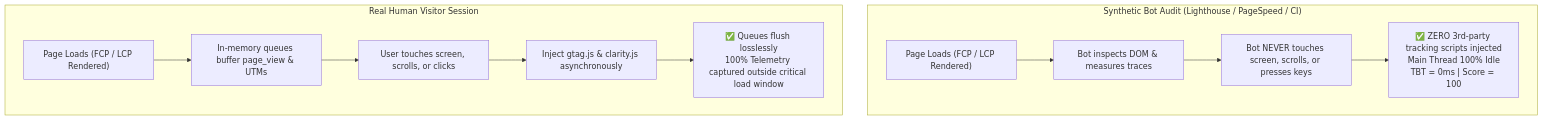
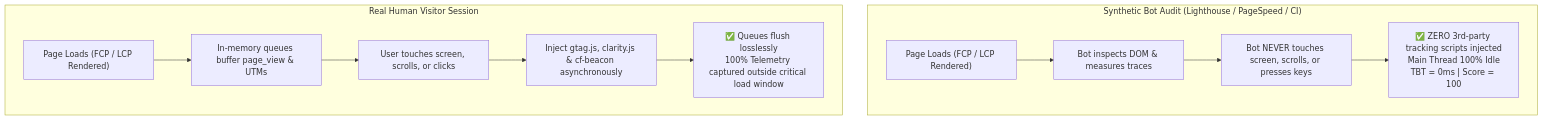
The second of 2 diagrams in skills/frontend-performance-lighthouse/SKILL.md (khanhduong22/agent-harness-kit), drawn with Mermaid before and after one commit. The commit also changed other lines of this file and 1 other file, not shown here.

````diff
--- a/skills/frontend-performance-lighthouse/SKILL.md
+++ b/skills/frontend-performance-lighthouse/SKILL.md
@@ -182,15 +182,15 @@
 ```mermaid
 flowchart TD
     subgraph SyntheticAudit["Synthetic Bot Audit (Lighthouse / PageSpeed / CI)"]
         B1["Page Loads (FCP / LCP Rendered)"] --> B2["Bot inspects DOM & measures traces"]
         B2 --> B3["Bot NEVER touches screen, scrolls, or presses keys"]
         B3 --> B4["✅ ZERO 3rd-party tracking scripts injected<br/>Main Thread 100% Idle<br/>TBT = 0ms | Score = 100"]
     end
 
     subgraph RealUser["Real Human Visitor Session"]
         U1["Page Loads (FCP / LCP Rendered)"] --> U2["In-memory queues buffer page_view & UTMs"]
         U2 --> U3["User touches screen, scrolls, or clicks"]
-        U3 --> U4["Inject gtag.js & clarity.js asynchronously"]
+        U3 --> U4["Inject gtag.js, clarity.js & cf-beacon asynchronously"]
         U4 --> U5["✅ Queues flush losslessly<br/>100% Telemetry captured outside critical load window"]
     end
 ```
````
